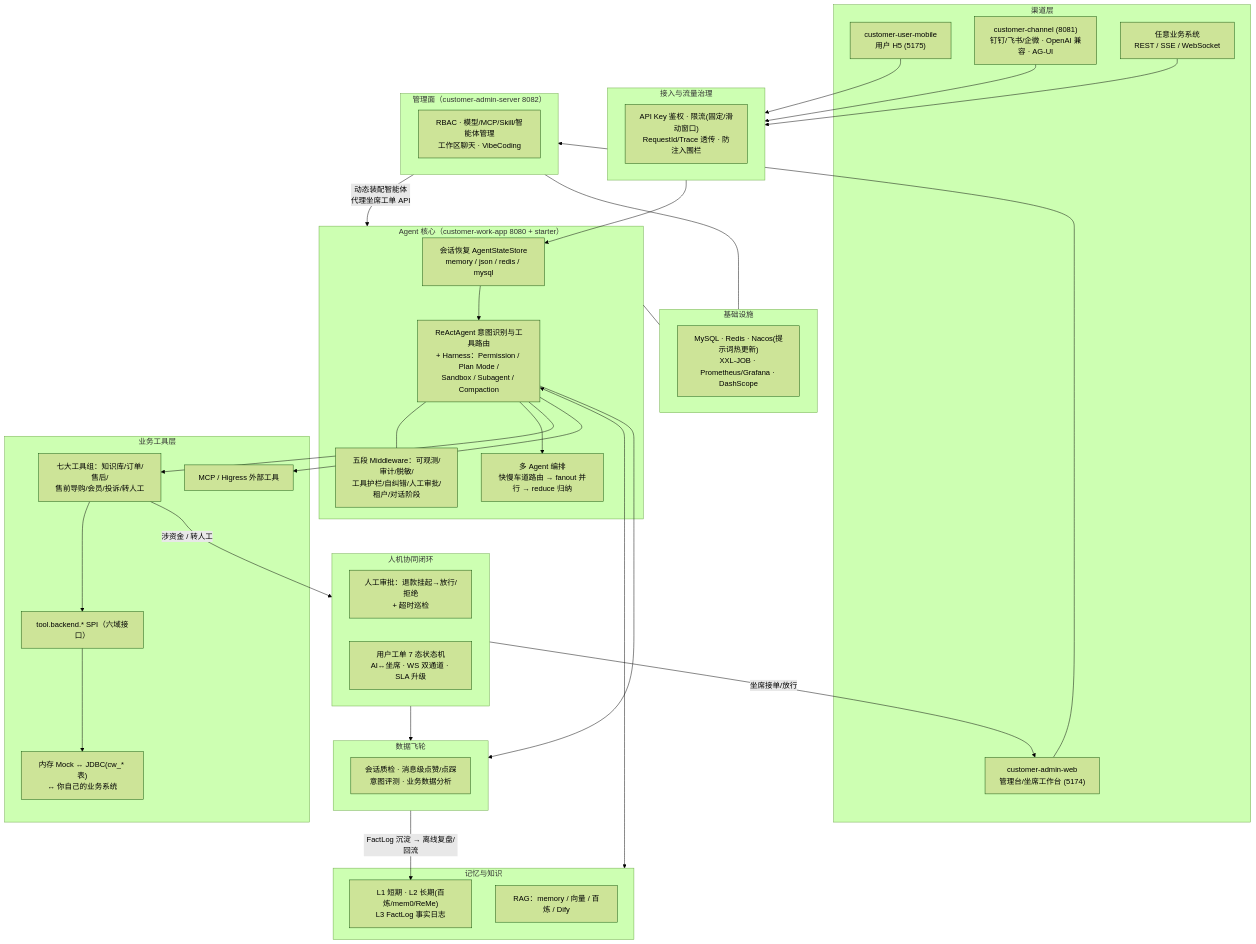
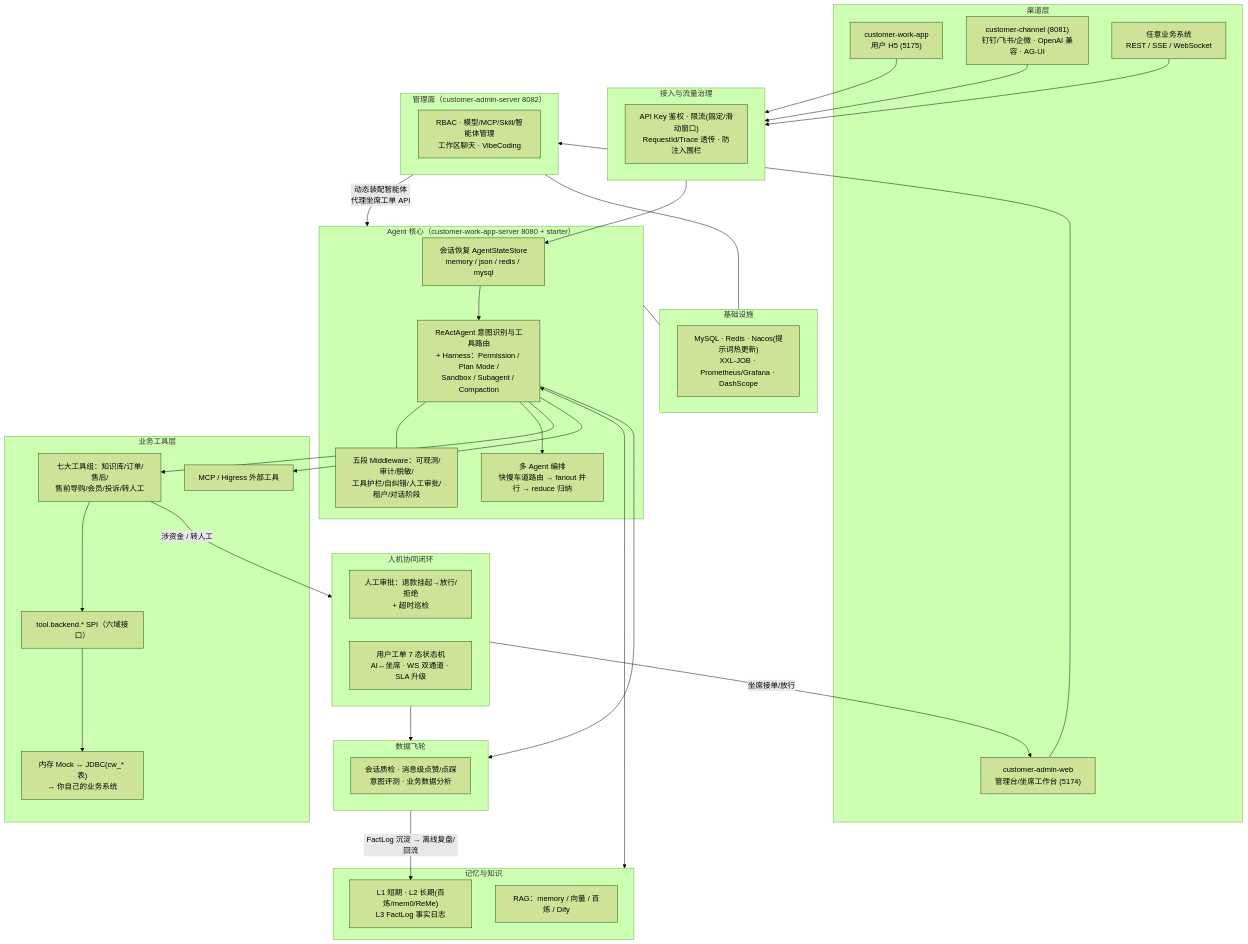
The first of 2 diagrams in README.md (liulangjietou/customer_work), drawn with Mermaid (forest theme) before and after one commit. The commit also changed other lines of this file and 524 other files, not shown here.

````diff
--- a/README.md
+++ b/README.md
@@ -58,68 +58,68 @@
 ```mermaid
 flowchart TB
     subgraph CH["渠道层"]
-        H5["customer-user-mobile<br/>用户 H5 (5175)"]
+        H5["customer-work-app<br/>用户 H5 (5175)"]
         ADMWEB["customer-admin-web<br/>管理台/坐席工作台 (5174)"]
         IM["customer-channel (8081)<br/>钉钉/飞书/企微 · OpenAI 兼容 · AG-UI"]
         API["任意业务系统<br/>REST / SSE / WebSocket"]
     end
 
     subgraph GATE["接入与流量治理"]
         SEC["API Key 鉴权 · 限流(固定/滑动窗口)<br/>RequestId/Trace 透传 · 防注入围栏"]
     end
 
-    subgraph CORE["Agent 核心（customer-work-app 8080 + starter）"]
+    subgraph CORE["Agent 核心（customer-work-app-server 8080 + starter）"]
         SESS["会话恢复 AgentStateStore<br/>memory / json / redis / mysql"]
         AGENT["ReActAgent 意图识别与工具路由<br/>+ Harness：Permission / Plan Mode /<br/>Sandbox / Subagent / Compaction"]
         MAS["多 Agent 编排<br/>快慢车道路由 → fanout 并行 → reduce 归纳"]
         MW["五段 Middleware：可观测/审计/脱敏/<br/>工具护栏/自纠错/人工审批/租户/对话阶段"]
     end
 
     subgraph MEMRAG["记忆与知识"]
         MEM["L1 短期 · L2 长期(百炼/mem0/ReMe)<br/>L3 FactLog 事实日志"]
         RAG["RAG：memory / 向量 / 百炼 / Dify"]
     end
 
     subgraph TOOLS["业务工具层"]
         TG["七大工具组：知识库/订单/售后/<br/>售前导购/会员/投诉/转人工"]
         SPI["tool.backend.* SPI（六域接口）"]
         BE["内存 Mock ↔ JDBC(cw_* 表)<br/>↔ 你自己的业务系统"]
         MCP["MCP / Higress 外部工具"]
     end
 
     subgraph HITL["人机协同闭环"]
         APPR["人工审批：退款挂起→放行/拒绝<br/>+ 超时巡检"]
         TICKET["用户工单 7 态状态机<br/>AI↔坐席 · WS 双通道 · SLA 升级"]
     end
 
     subgraph WHEEL["数据飞轮"]
         QA["会话质检 · 消息级点赞/点踩<br/>意图评测 · 业务数据分析"]
     end
 
     subgraph MGMT["管理面（customer-admin-server 8082）"]
         RBAC["RBAC · 模型/MCP/Skill/智能体管理<br/>工作区聊天 · VibeCoding"]
     end
 
     subgraph INFRA["基础设施"]
         DEP["MySQL · Redis · Nacos(提示词热更新)<br/>XXL-JOB · Prometheus/Grafana · DashScope"]
     end
 
     H5 --> GATE
     IM --> GATE
     API --> GATE
     ADMWEB --> MGMT
     GATE --> SESS --> AGENT
     AGENT --- MW
     AGENT --> MAS
     AGENT <--> MEMRAG
     AGENT --> TG --> SPI --> BE
     AGENT --> MCP
     TG -- "涉资金 / 转人工" --> HITL
     HITL -- "坐席接单/放行" --> ADMWEB
     AGENT --> WHEEL
     HITL --> WHEEL
     WHEEL -- "FactLog 沉淀 → 离线复盘/回流" --> MEM
     MGMT -- "动态装配智能体<br/>代理坐席工单 API" --> CORE
     CORE --- INFRA
     MGMT --- INFRA
 ```
````
